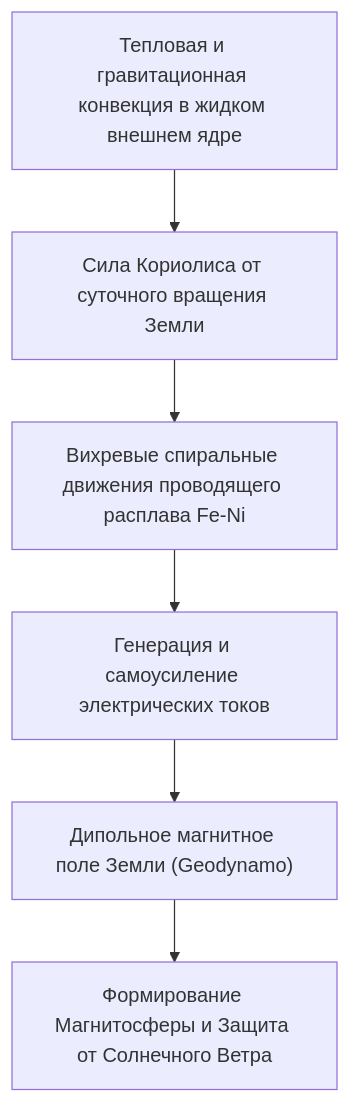
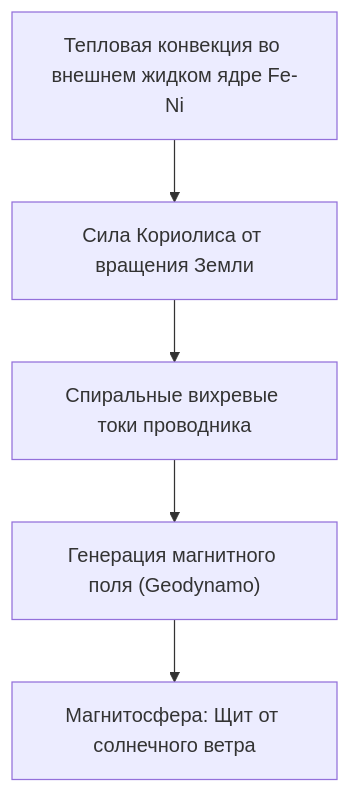
Before and after one commit to OksanaBukina/astronomia: the fifth of 5 diagrams in Tema_01_Układ_Słoneczny_Ziemia_Księżyc.md, drawn with Mermaid. The commit also changed other lines of this file and 4 other files, not shown here.

Commit message:
Update textbook with AU origin, exact planet masses, day calculations, orbital parameters visuals, and fixed KaTeX/Mermaid syntax

````diff
--- a/Tema_01_Układ_Słoneczny_Ziemia_Księżyc.md
+++ b/Tema_01_Układ_Słoneczny_Ziemia_Księżyc.md
@@ -263,8 +309,7 @@
 ```mermaid
 flowchart TD
-    A["Тепловая и гравитационная конвекция в жидком внешнем ядре"] --> B["Сила Кориолиса от суточного вращения Земли"]
-    B --> C["Вихревые спиральные движения проводящего расплава Fe-Ni"]
-    C --> D["Генерация и самоусиление электрических токов"]
-    D --> E["Дипольное магнитное поле Земли (Geodynamo)"]
-    E --> F["Формирование Магнитосферы и Защита от Солнечного Ветра"]
+    A["Тепловая конвекция во внешнем жидком ядре Fe-Ni"] --> B["Сила Кориолиса от вращения Земли"]
+    B --> C["Спиральные вихревые токи проводника"]
+    C --> D["Генерация магнитного поля (Geodynamo)"]
+    D --> E["Магнитосфера: Щит от солнечного ветра"]
 ```
````
